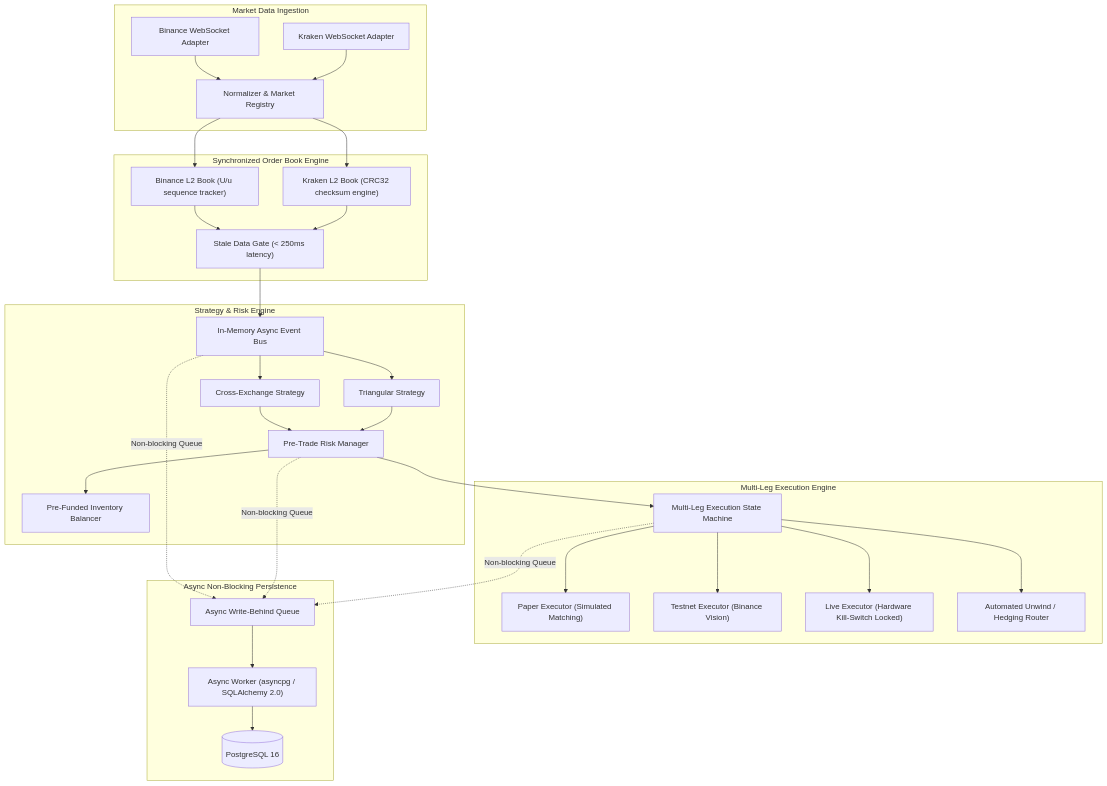
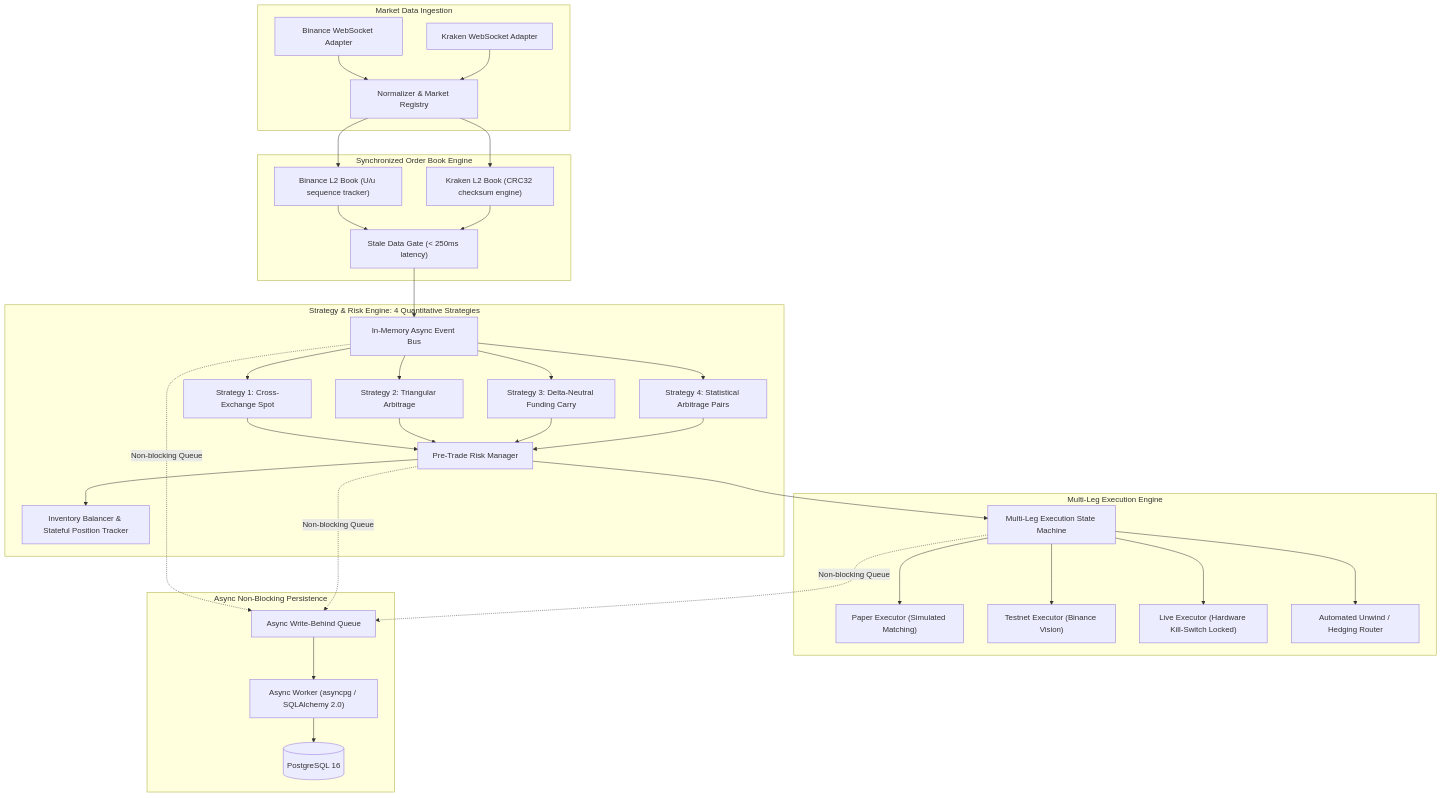
One commit to Melke41/crypto-arbitrage-system changed the diagram in docs/ARCHITECTURE.md. Above: the diagram before and after it, drawn with Mermaid. The commit also changed other lines of this file and 9 other files, not shown here.

Commit message:
feat(phase0.1): expand architecture to 4 strategies with perpetual futures, funding basis, and stat-arb models

````diff
--- a/docs/ARCHITECTURE.md
+++ b/docs/ARCHITECTURE.md
@@ -7,42 +7,46 @@
 ```mermaid
 flowchart TD
     subgraph Ingestion [Market Data Ingestion]
         MD1["Binance WebSocket Adapter"]
         MD2["Kraken WebSocket Adapter"]
         NOR["Normalizer & Market Registry"]
         MD1 --> NOR
         MD2 --> NOR
     end
 
     subgraph MemoryState [Synchronized Order Book Engine]
         NOR --> OB1["Binance L2 Book (U/u sequence tracker)"]
         NOR --> OB2["Kraken L2 Book (CRC32 checksum engine)"]
         OB1 --> SG["Stale Data Gate (< 250ms latency)"]
         OB2 --> SG
     end
 
-    subgraph StrategyRisk [Strategy & Risk Engine]
+    subgraph StrategyRisk [Strategy & Risk Engine: 4 Quantitative Strategies]
         SG --> BUS["In-Memory Async Event Bus"]
-        BUS --> ST_X["Cross-Exchange Strategy"]
-        BUS --> ST_T["Triangular Strategy"]
-        ST_X --> RM["Pre-Trade Risk Manager"]
-        ST_T --> RM
-        RM --> BAL["Pre-Funded Inventory Balancer"]
+        BUS --> ST_1["Strategy 1: Cross-Exchange Spot"]
+        BUS --> ST_2["Strategy 2: Triangular Arbitrage"]
+        BUS --> ST_3["Strategy 3: Delta-Neutral Funding Carry"]
+        BUS --> ST_4["Strategy 4: Statistical Arbitrage Pairs"]
+        ST_1 --> RM["Pre-Trade Risk Manager"]
+        ST_2 --> RM
+        ST_3 --> RM
+        ST_4 --> RM
+        RM --> BAL["Inventory Balancer & Stateful Position Tracker"]
     end
 
     subgraph ExecutionLayer [Multi-Leg Execution Engine]
         RM --> EX_SM["Multi-Leg Execution State Machine"]
         EX_SM --> PE["Paper Executor (Simulated Matching)"]
         EX_SM --> TE["Testnet Executor (Binance Vision)"]
         EX_SM --> LE["Live Executor (Hardware Kill-Switch Locked)"]
         EX_SM --> UW["Automated Unwind / Hedging Router"]
     end
 
     subgraph StorageLayer [Async Non-Blocking Persistence]
         BUS -.->|Non-blocking Queue| WQ["Async Write-Behind Queue"]
         RM -.->|Non-blocking Queue| WQ
         EX_SM -.->|Non-blocking Queue| WQ
         WQ --> DBW["Async Worker (asyncpg / SQLAlchemy 2.0)"]
         DBW --> PG[("PostgreSQL 16")]
     end
 ```
````
